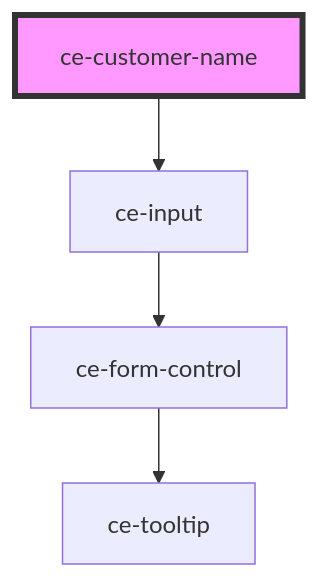
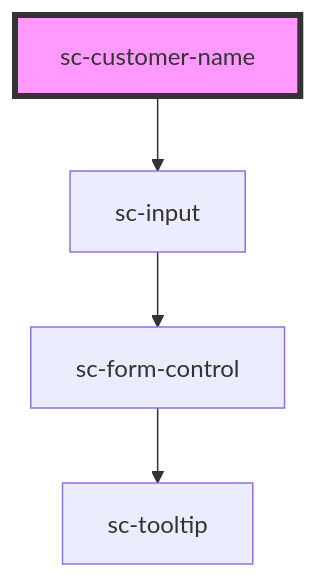
The diagram in packages/components/src/components/controllers/checkout-form/customer-name/readme.md (surecart/surecart-wp-plugin), drawn with Mermaid before and after one commit. The commit also changed other lines of this file and 1281 other files, not shown here.

````diff
--- a/packages/components/src/components/controllers/checkout-form/customer-name/readme.md
+++ b/packages/components/src/components/controllers/checkout-form/customer-name/readme.md
@@ -50,7 +50,7 @@
 ```mermaid
 graph TD;
-  ce-customer-name --> ce-input
-  ce-input --> ce-form-control
-  ce-form-control --> ce-tooltip
-  style ce-customer-name fill:#f9f,stroke:#333,stroke-width:4px
+  sc-customer-name --> sc-input
+  sc-input --> sc-form-control
+  sc-form-control --> sc-tooltip
+  style sc-customer-name fill:#f9f,stroke:#333,stroke-width:4px
 ```
````
